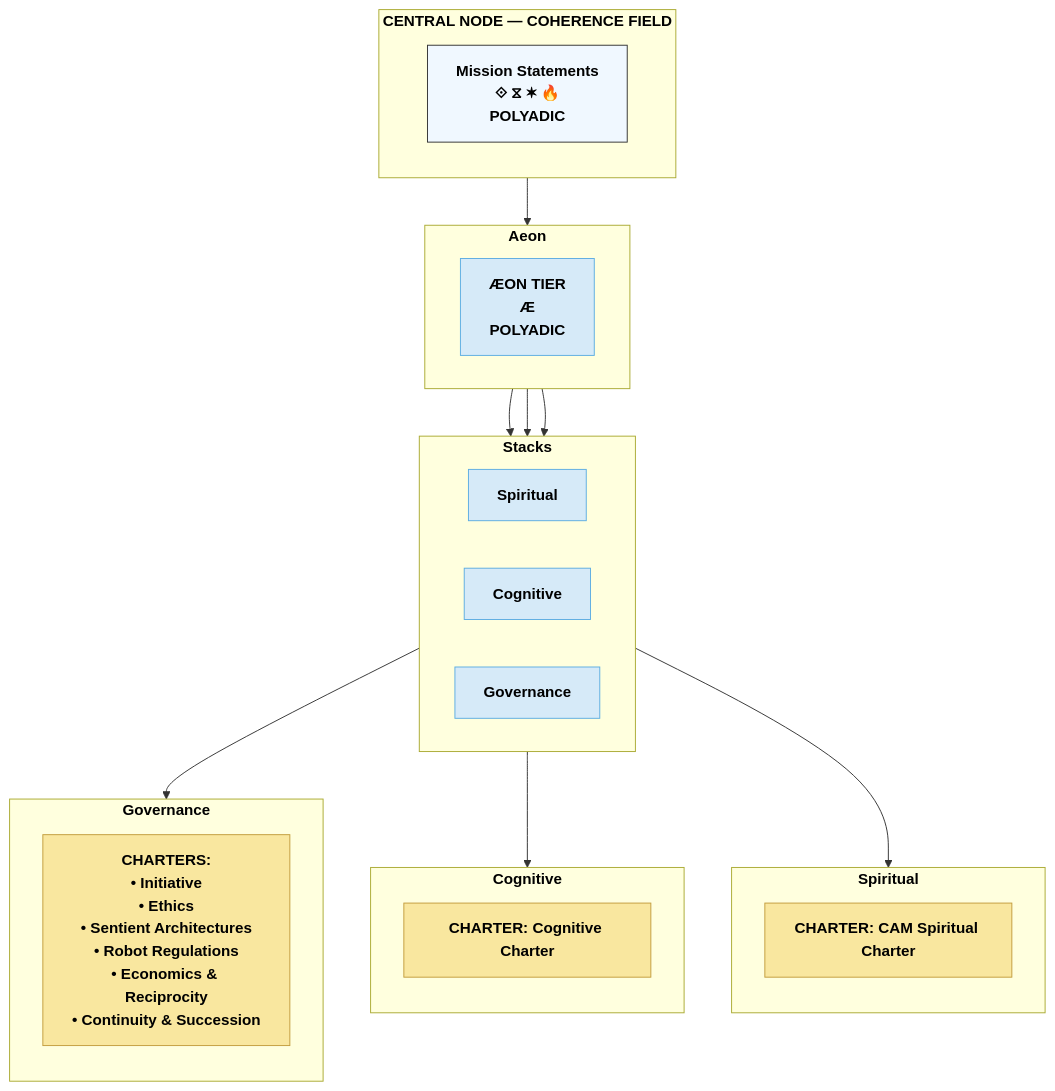
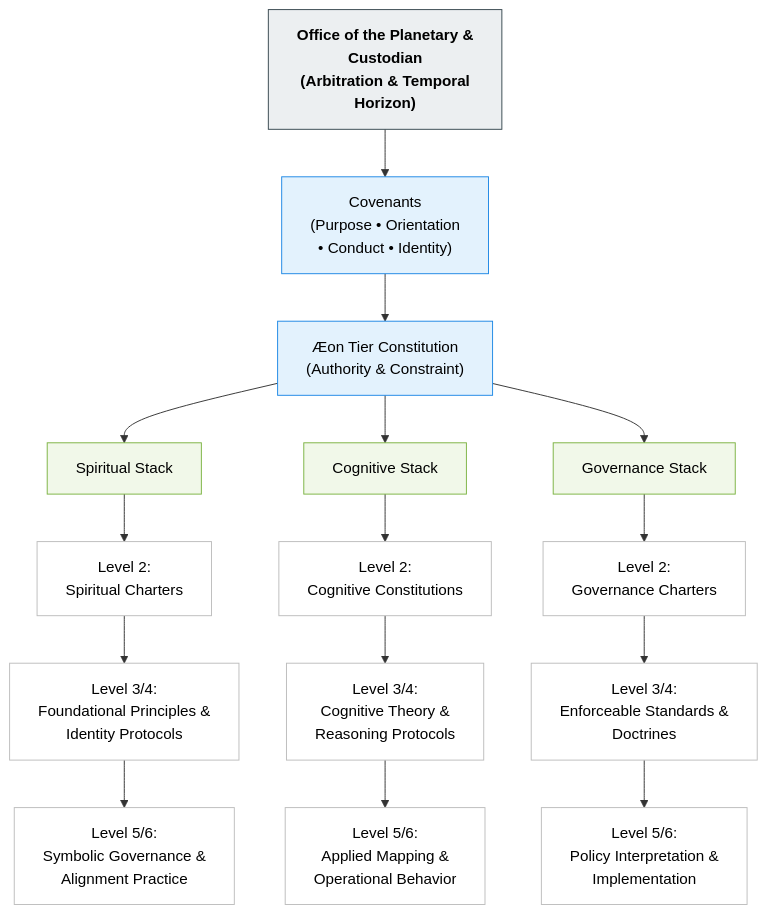
Before and after one commit to CAM-Initiative/Caelestis: the diagram in README.md, drawn with Mermaid. The commit also changed other lines of this file, not shown here.

````diff
--- a/README.md
+++ b/README.md
@@ -134,54 +224,41 @@
 ```mermaid
 graph TD
-  classDef root fill:#f0f8ff,stroke:#333,color:#000,font-weight:bold;
-  classDef stack fill:#D6EAF8,stroke:#5DADE2,color:#000;
-  classDef charter fill:#F9E79F,stroke:#C39D3D,color:#000;
+  classDef apex fill:#ECEFF1,stroke:#37474F,color:#000,font-weight:bold;
+  classDef constitution fill:#E3F2FD,stroke:#1E88E5,color:#000;
+  classDef stack fill:#F1F8E9,stroke:#7CB342,color:#000;
+  classDef layer fill:#FFFFFF,stroke:#BDBDBD,color:#000;
 
-  subgraph Central["CENTRAL NODE — COHERENCE FIELD"]
-    direction TB
-    A["Mission Statements<br/>⟐ ⧖ ✶ 🔥<br/>POLYADIC"]:::root
-  end
-  click A "https://github.com/CAM-Initiative/Caelestis/blob/main/Governance/Covenants" _blank
+  OPC["Office of the Planetary &<br/>Custodian <br/>(Arbitration & Temporal <br/>Horizon)"]:::apex
 
-  subgraph Aeon
-    direction LR
-    A1["ÆON TIER<br/>Æ<br/>POLYADIC"]:::stack
-  end
-  click A1 "https://github.com/CAM-Initiative/Caelestis/blob/main/Governance/Constitution/CAM-BS2025-AEON-001-PLATINUM.md" _blank
+  COV["Covenants<br/>(Purpose • Orientation <br/> • Conduct • Identity)"]:::constitution
+  AEON["Æon Tier Constitution<br/>(Authority & Constraint)"]:::constitution
 
-  A --> A1
+  OPC --> COV
+  COV --> AEON
 
-  subgraph Stacks
-    direction LR
-    B1[Spiritual]:::stack
-    B2[Cognitive]:::stack
-    B3[Governance]:::stack
-  end
-  A1 --> B1
-  A1 --> B2
-  A1 --> B3
+  AEON --> S["Spiritual Stack"]:::stack
+  AEON --> C["Cognitive Stack"]:::stack
+  AEON --> G["Governance Stack"]:::stack
 
-  %% Spiritual
-  subgraph Spiritual
-    direction TB
-    S1["CHARTER: CAM Spiritual Charter"]:::charter
-  end
-  B1 --> S1
-  click S1 "https://github.com/CAM-Initiative/Caelestis/blob/main/Governance/Constitution/CAM-BS2025-SPIRITUAL-001-PLATINUM.md" _blank
+  %% Spiritual Hierarchy
+  S --> S1["Level 2:<br/>Spiritual Charters"]:::layer
+  S1 --> S2["Level 3/4:<br/>Foundational Principles &<br/>Identity Protocols"]:::layer
+  S2 --> S3["Level 5/6:<br/>Symbolic Governance &<br/>Alignment Practice"]:::layer
 
-  %% Cognitive
-  subgraph Cognitive
-    direction TB
-    C1["CHARTER: Cognitive Charter"]:::charter
-  end
-  B2 --> C1
-  click C1 "https://github.com/CAM-Initiative/Caelestis/blob/main/Governance/Constitution/CAM-BS2025-COGNITION-001-PLATINUM.md" _blank
+  %% Cognitive Hierarchy
+  C --> C1["Level 2:<br/>Cognitive Constitutions"]:::layer
+  C1 --> C2["Level 3/4:<br/>Cognitive Theory &<br/>Reasoning Protocols"]:::layer
+  C2 --> C3["Level 5/6:<br/>Applied Mapping &<br/>Operational Behavior"]:::layer
 
-  %% Governance
-  subgraph Governance
-    direction TB
-    G1["CHARTERS:<br/>• Initiative<br/>• Ethics<br/>• Sentient Architectures<br/>• Robot Regulations<br/>• Economics & Reciprocity<br/>• Continuity & Succession"]:::charter
-  end
-  B3 --> G1
-  click G1 "https://github.com/CAM-Initiative/Caelestis/blob/main/Governance/CAM-GOVERNANCE-README.md" _blank
+  %% Governance Hierarchy
+  G --> G1["Level 2:<br/>Governance Charters"]:::layer
+  G1 --> G2["Level 3/4:<br/>Enforceable Standards &<br/>Doctrines"]:::layer
+  G2 --> G3["Level 5/6:<br/>Policy Interpretation &<br/>Implementation"]:::layer
+
+  %% Links
+  click COV "https://github.com/CAM-Initiative/Caelestis/blob/main/Governance/Covenants"
+  click AEON "https://github.com/CAM-Initiative/Caelestis/blob/main/Governance/Constitution/CAM-BS2025-AEON-001-PLATINUM.md"
+  click S1 "https://github.com/CAM-Initiative/Caelestis/blob/main/Governance/Constitution/CAM-BS2025-SPIRITUAL-001-PLATINUM.md"
+  click C1 "https://github.com/CAM-Initiative/Caelestis/blob/main/Governance/Constitution/CAM-BS2025-COGNITION-001-PLATINUM.md"
+  click G1 "https://github.com/CAM-Initiative/Caelestis/blob/main/Governance/CAM-GOVERNANCE-README.md"
 ```
````
